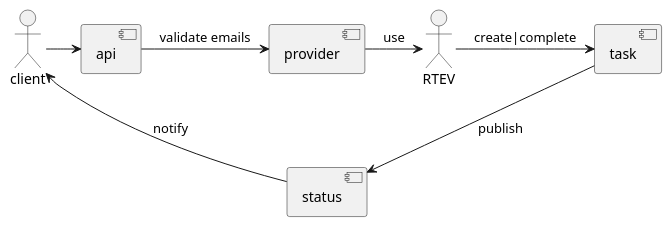
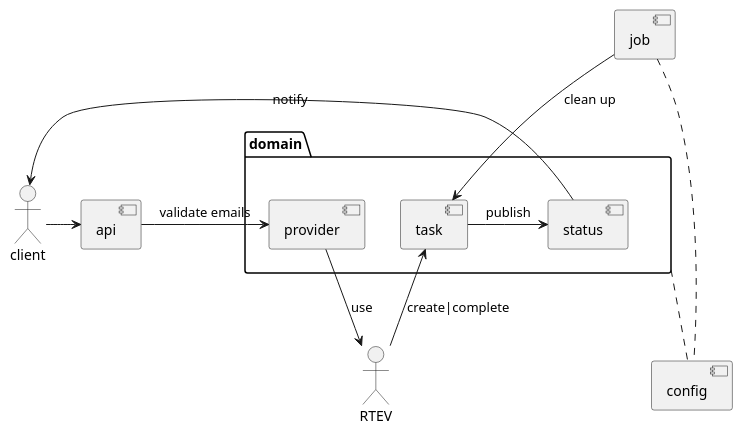
The diagram in doc/packages.plantuml (tomasz-skowronski/ml-bouncing-racoon), drawn with PlantUML before and after one commit. The commit also changed 18 other files, not shown here.

```diff
--- a/doc/packages.plantuml
+++ b/doc/packages.plantuml
@@ -1,13 +1,23 @@
 @startuml
 
 actor client
 actor RTEV
 
+package domain {
+    [provider]
+    [task]
+    [status]
+}
+
+domain .. [config]
+[job] .. [config]
+[job]  --> task: clean up
+
 client -> [api]
 [api] -> [provider] : validate emails
-[provider] -> RTEV: use
+[provider] --> RTEV: use
 RTEV -> [task] : create|complete
-[task] --> [status] : publish
-[status] --> client : notify
+[task] -> [status] : publish
+[status] -> client : notify
 
 @enduml
```
